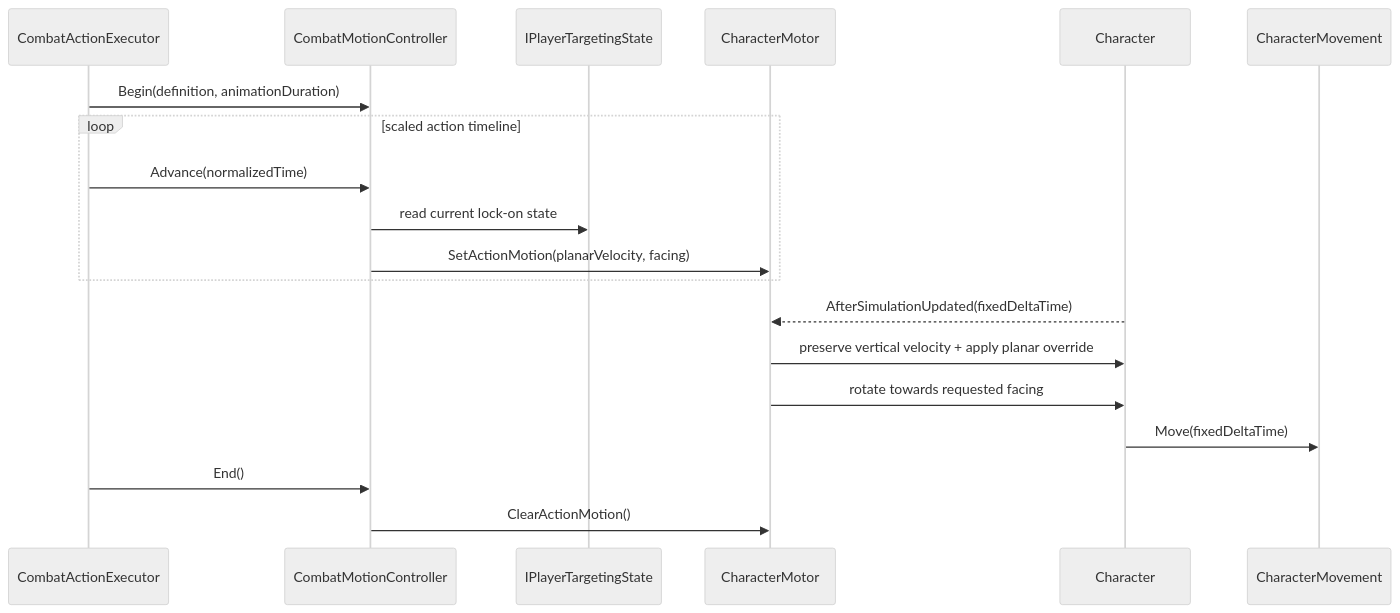
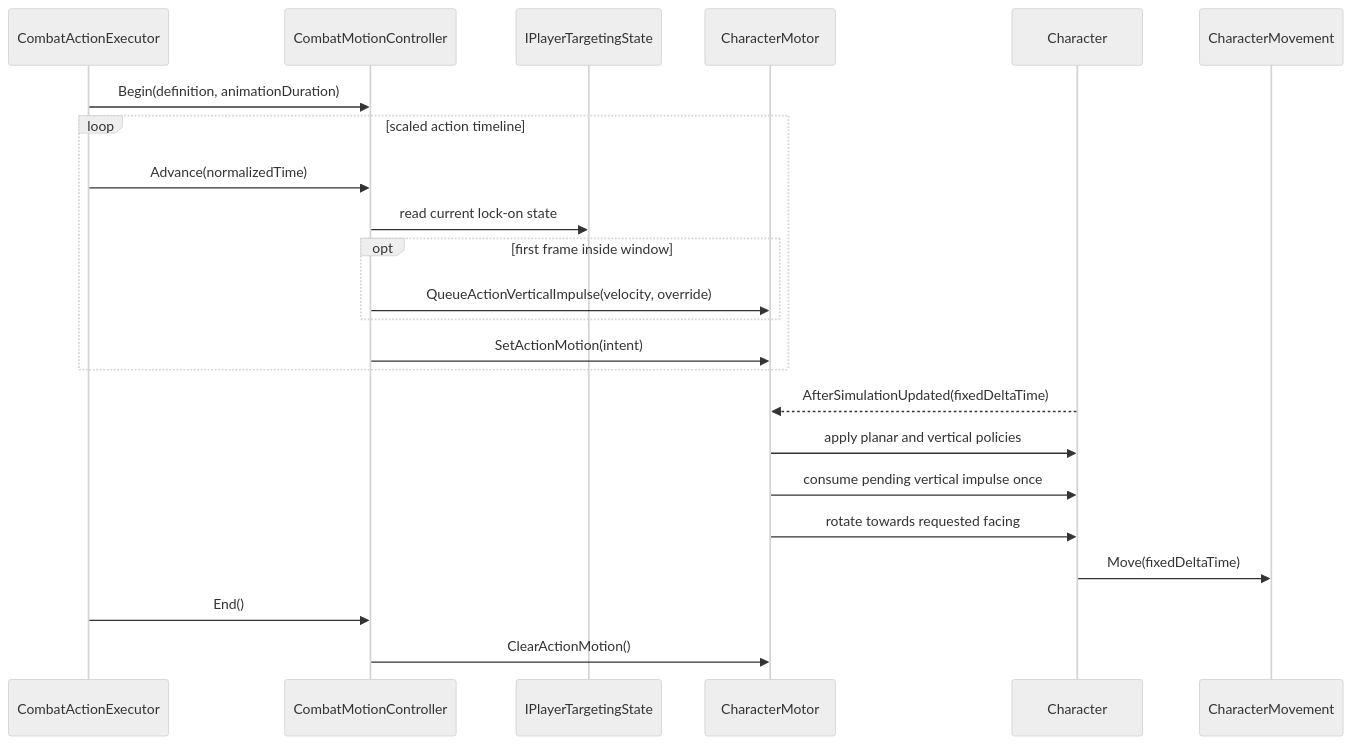
Before and after one commit to MaximFonariuc/project-s: the second of 2 diagrams in Docs/Architecture/Combat.Motion.md, drawn with Mermaid (neutral theme). The commit also changed other lines of this file and 5 other files, not shown here.

````diff
--- a/Docs/Architecture/Combat.Motion.md
+++ b/Docs/Architecture/Combat.Motion.md
@@ -97,22 +115,26 @@
 ```mermaid
 sequenceDiagram
     participant Action as CombatActionExecutor
     participant Motion as CombatMotionController
     participant Target as IPlayerTargetingState
     participant Motor as CharacterMotor
     participant Character
     participant Physics as CharacterMovement
 
     Action->>Motion: Begin(definition, animationDuration)
     loop scaled action timeline
         Action->>Motion: Advance(normalizedTime)
         Motion->>Target: read current lock-on state
-        Motion->>Motor: SetActionMotion(planarVelocity, facing)
+        opt first frame inside window
+            Motion->>Motor: QueueActionVerticalImpulse(velocity, override)
+        end
+        Motion->>Motor: SetActionMotion(intent)
     end
     Character-->>Motor: AfterSimulationUpdated(fixedDeltaTime)
-    Motor->>Character: preserve vertical velocity + apply planar override
+    Motor->>Character: apply planar and vertical policies
+    Motor->>Character: consume pending vertical impulse once
     Motor->>Character: rotate towards requested facing
     Character->>Physics: Move(fixedDeltaTime)
     Action->>Motion: End()
     Motion->>Motor: ClearActionMotion()
 ```
````
